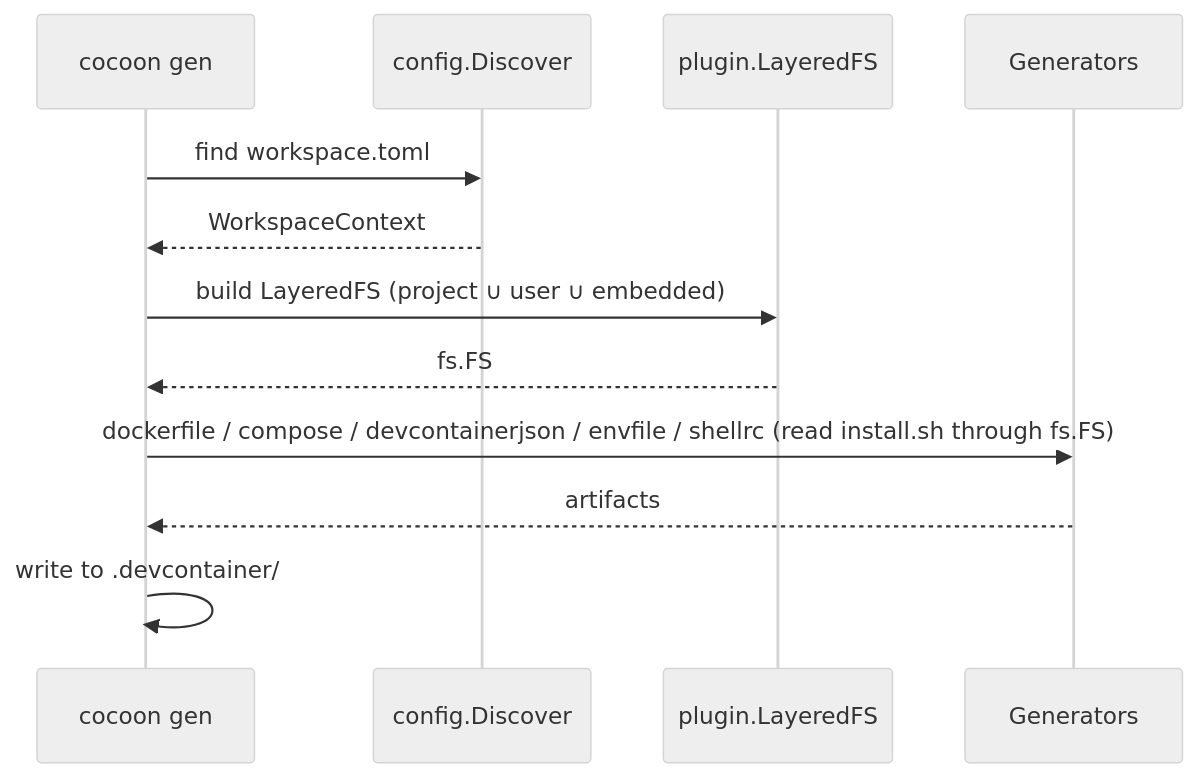
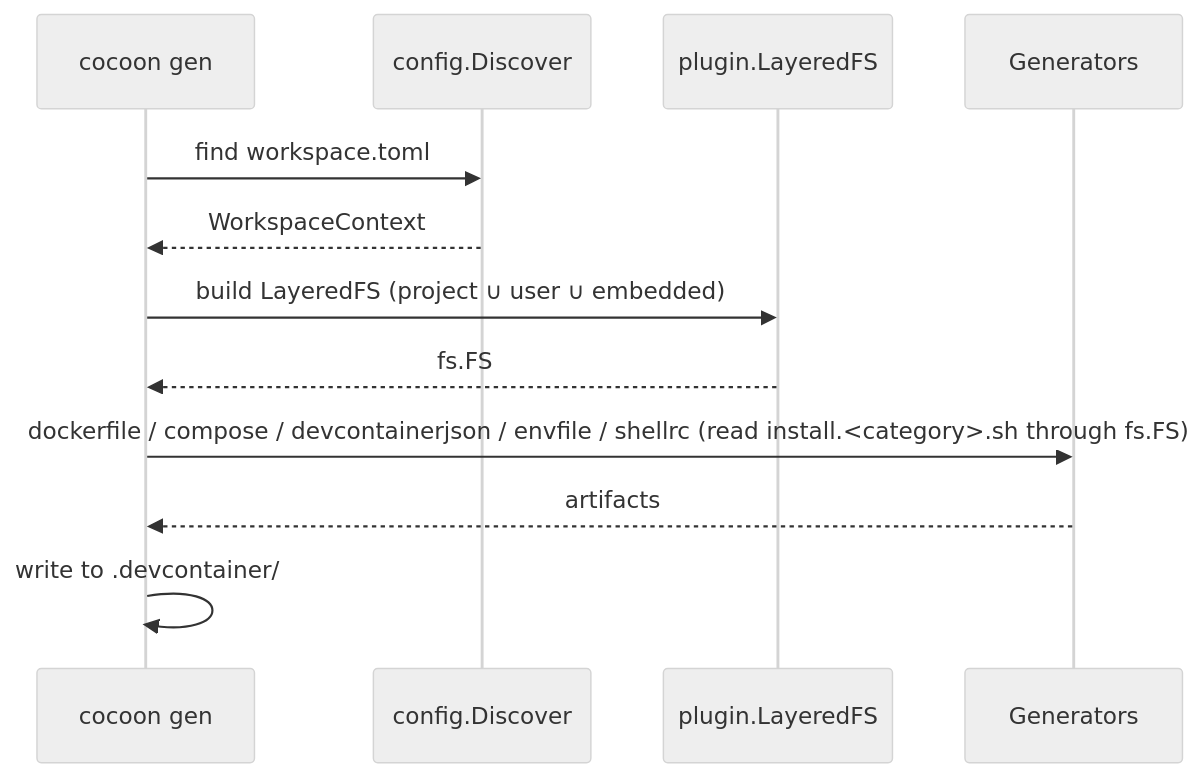
One commit to sukekyo26/cocoon changed the third of 3 diagrams in docs/architecture.md. Above: the diagram before and after it, drawn with Mermaid (neutral theme). The commit also changed other lines of this file and 7 other files, not shown here.

First line of the commit message:
docs: sweep v0.4.0 install.<category>.sh / template rename leftovers

````diff
--- a/docs/architecture.md
+++ b/docs/architecture.md
@@ -62,14 +62,14 @@
 ```mermaid
 sequenceDiagram
     participant cli as cocoon gen
     participant cfg as config.Discover
     participant fs as plugin.LayeredFS
     participant gen as Generators
     cli->>cfg: find workspace.toml
     cfg-->>cli: WorkspaceContext
     cli->>fs: build LayeredFS (project ∪ user ∪ embedded)
     fs-->>cli: fs.FS
-    cli->>gen: dockerfile / compose / devcontainerjson / envfile / shellrc (read install.sh through fs.FS)
+    cli->>gen: dockerfile / compose / devcontainerjson / envfile / shellrc (read install.<category>.sh through fs.FS)
     gen-->>cli: artifacts
     cli->>cli: write to .devcontainer/
 ```
````
